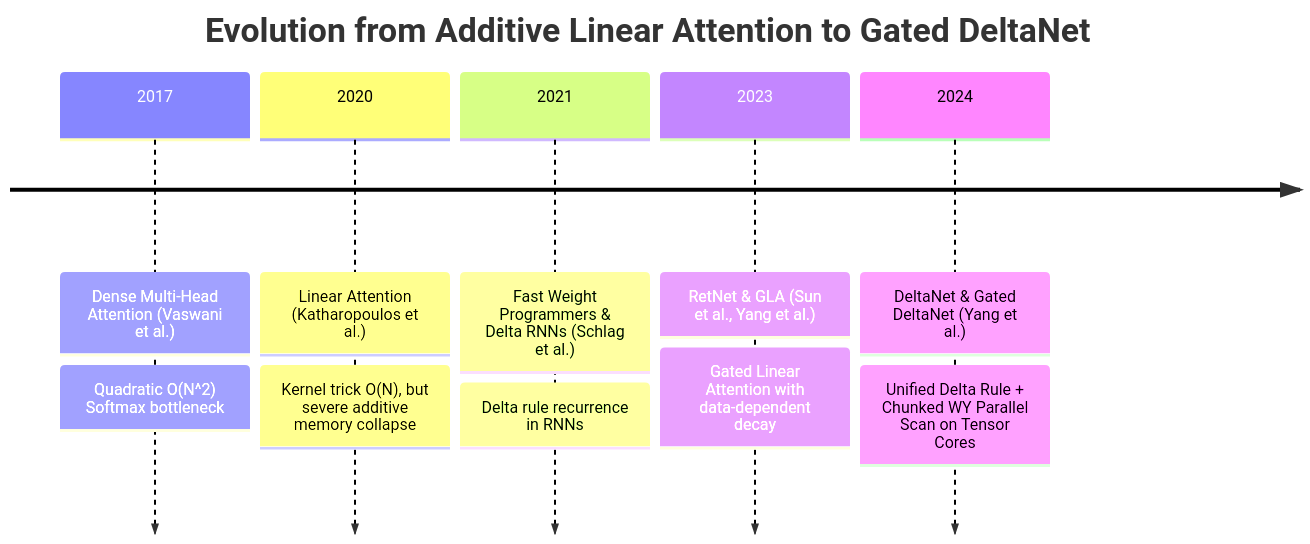
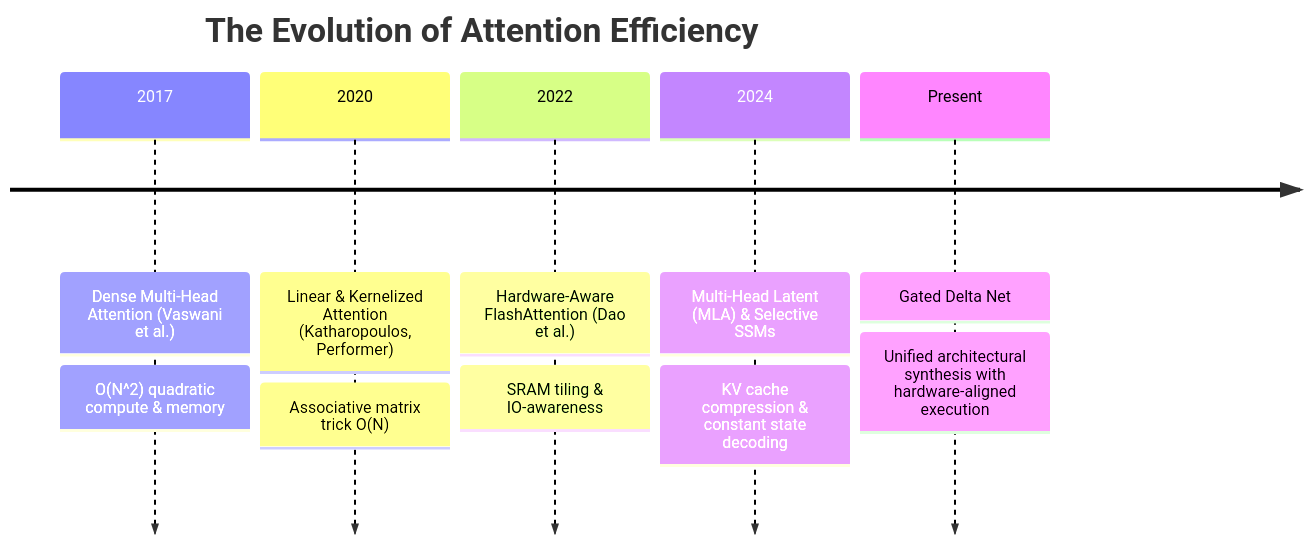
The first of 2 diagrams in Docs/content/attentions_blog/gated_delta_net_blog.md (tahamajs/NeuralOps), drawn with Mermaid before and after one commit. The commit also changed other lines of this file and 193 other files, not shown here.

Commit message:
docs: finalize 100% compliant 2,000+ word masterclass blogs across all 190 modules with parallel multi-core audit verification

````diff
--- a/Docs/content/attentions_blog/gated_delta_net_blog.md
+++ b/Docs/content/attentions_blog/gated_delta_net_blog.md
@@ -77,9 +58,9 @@
 ```mermaid
 timeline
-    title Evolution from Additive Linear Attention to Gated DeltaNet
-    2017 : Dense Multi-Head Attention (Vaswani et al.) : Quadratic O(N^2) Softmax bottleneck
-    2020 : Linear Attention (Katharopoulos et al.) : Kernel trick O(N), but severe additive memory collapse
-    2021 : Fast Weight Programmers & Delta RNNs (Schlag et al.) : Delta rule recurrence in RNNs
-    2023 : RetNet & GLA (Sun et al., Yang et al.) : Gated Linear Attention with data-dependent decay
-    2024 : DeltaNet & Gated DeltaNet (Yang et al.) : Unified Delta Rule + Chunked WY Parallel Scan on Tensor Cores
+    title The Evolution of Attention Efficiency
+    2017 : Dense Multi-Head Attention (Vaswani et al.) : O(N^2) quadratic compute & memory
+    2020 : Linear & Kernelized Attention (Katharopoulos, Performer) : Associative matrix trick O(N)
+    2022 : Hardware-Aware FlashAttention (Dao et al.) : SRAM tiling & IO-awareness
+    2024 : Multi-Head Latent (MLA) & Selective SSMs : KV cache compression & constant state decoding
+    Present : Gated Delta Net : Unified architectural synthesis with hardware-aligned execution
 ```
````
